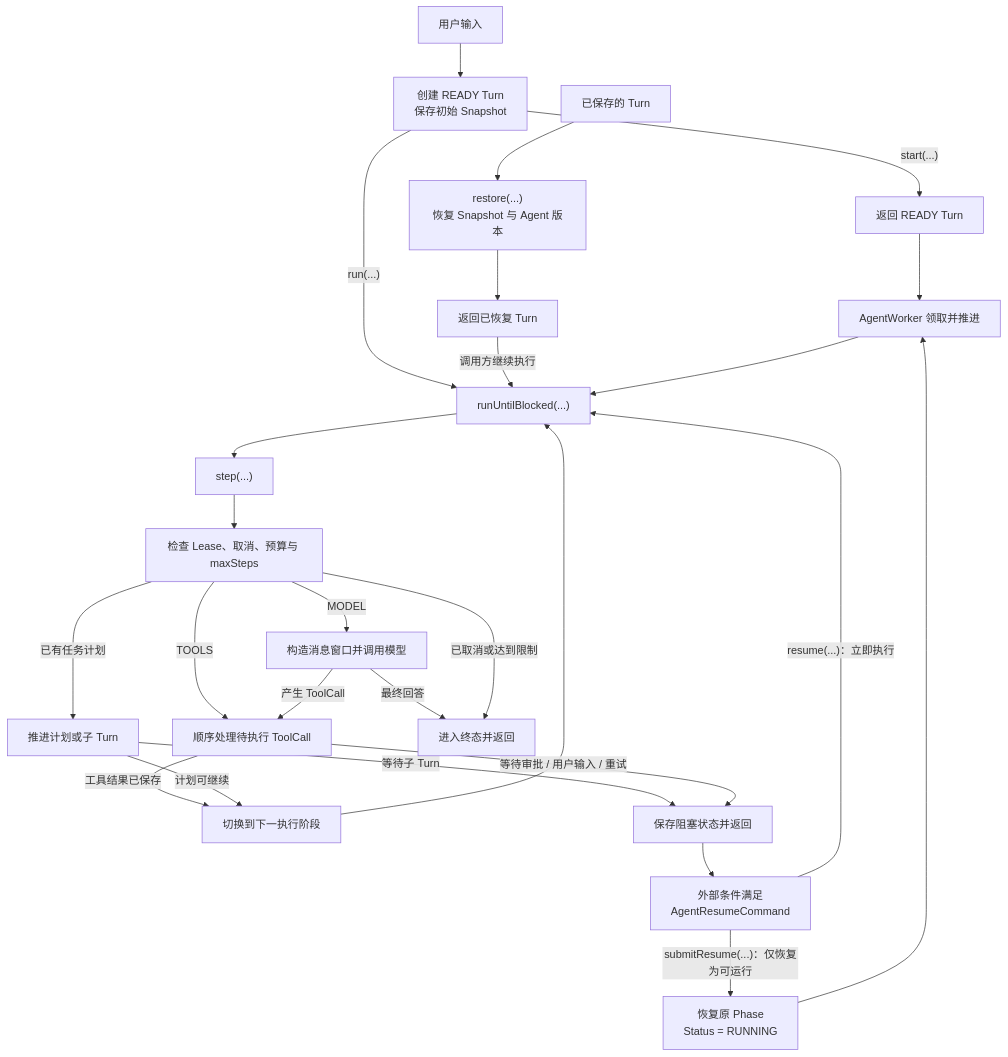
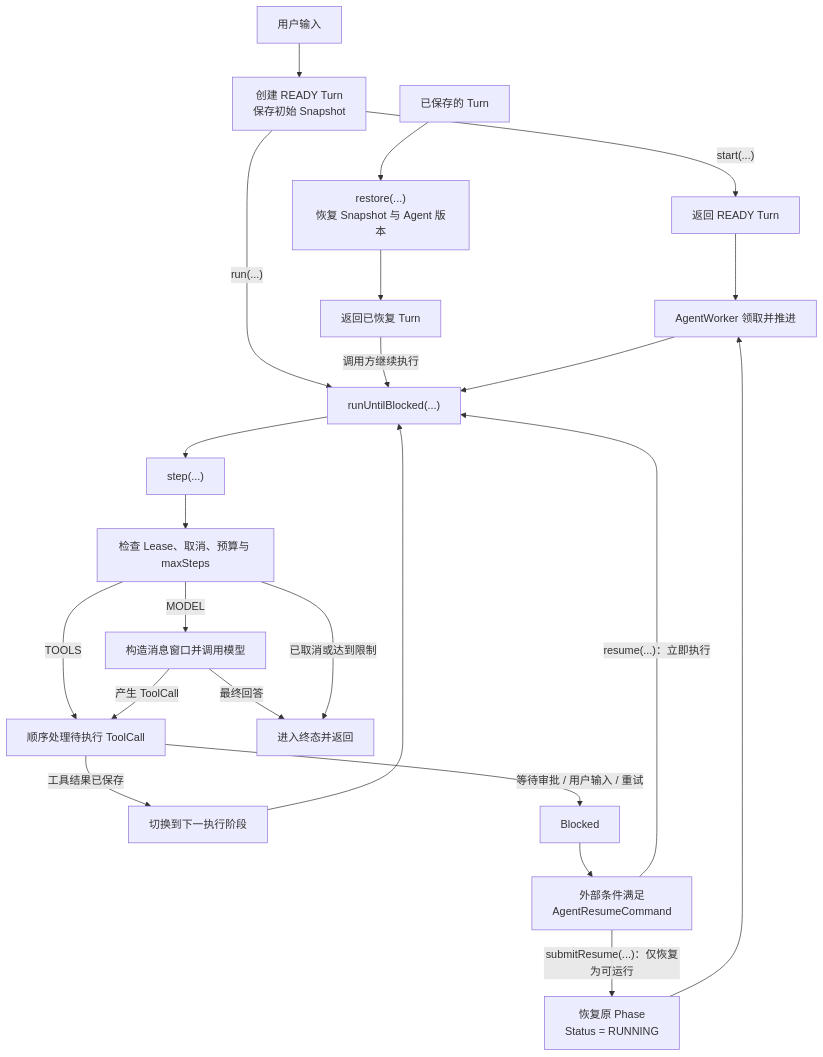
One commit to agents-flex/agents-flex changed the diagram in docs/zh/agent/agent-runner.md. Above: the diagram before and after it, drawn with Mermaid. The commit also changed other lines of this file and 76 other files, not shown here.

````diff
--- a/docs/zh/agent/agent-runner.md
+++ b/docs/zh/agent/agent-runner.md
@@ -19,33 +19,30 @@
 ```mermaid
 flowchart TD
     Input["用户输入"] --> Create["创建 READY Turn<br/>保存初始 Snapshot"]
     Create -->|"start(...)"| Ready["返回 READY Turn"]
     Create -->|"run(...)"| Loop["runUntilBlocked(...)"]
 
     Stored["已保存的 Turn"] --> Restore["restore(...)<br/>恢复 Snapshot 与 Agent 版本"]
     Restore --> Restored["返回已恢复 Turn"]
     Ready --> Worker["AgentWorker 领取并推进"]
     Restored -->|"调用方继续执行"| Loop
     Worker --> Loop
 
     Loop --> Step["step(...)"]
     Step --> Guard["检查 Lease、取消、预算与 maxSteps"]
-    Guard -->|"已有任务计划"| Planning["推进计划或子 Turn"]
     Guard -->|"MODEL"| Model["构造消息窗口并调用模型"]
     Guard -->|"TOOLS"| Tools["顺序处理待执行 ToolCall"]
 
     Model -->|"最终回答"| Terminal["进入终态并返回"]
     Model -->|"产生 ToolCall"| Tools
     Tools -->|"工具结果已保存"| Continue["切换到下一执行阶段"]
-    Planning -->|"计划可继续"| Continue
     Continue --> Loop
 
     Guard -->|"已取消或达到限制"| Terminal
-    Planning -->|"等待子 Turn"| Blocked["保存阻塞状态并返回"]
     Tools -->|"等待审批 / 用户输入 / 重试"| Blocked
 
     Blocked --> Command["外部条件满足<br/>AgentResumeCommand"]
     Command -->|"resume(...)：立即执行"| Loop
     Command -->|"submitResume(...)：仅恢复为可运行"| Runnable["恢复原 Phase<br/>Status = RUNNING"]
     Runnable --> Worker
 ```
````
